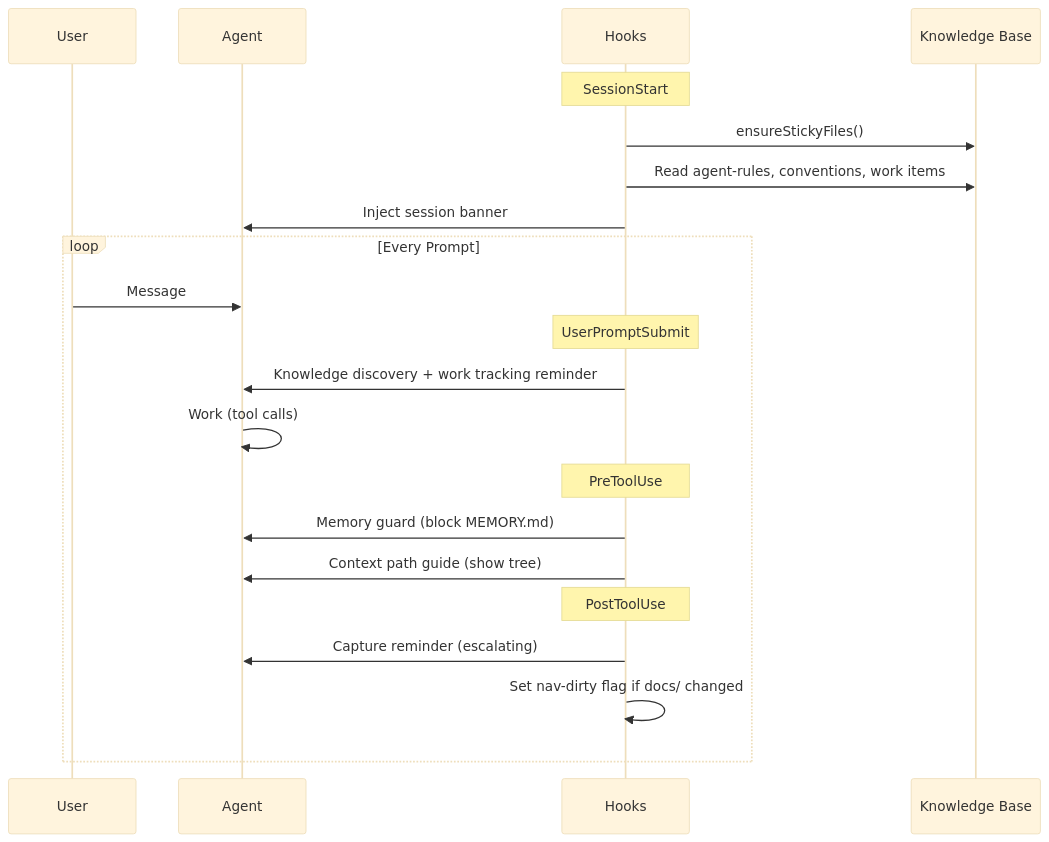
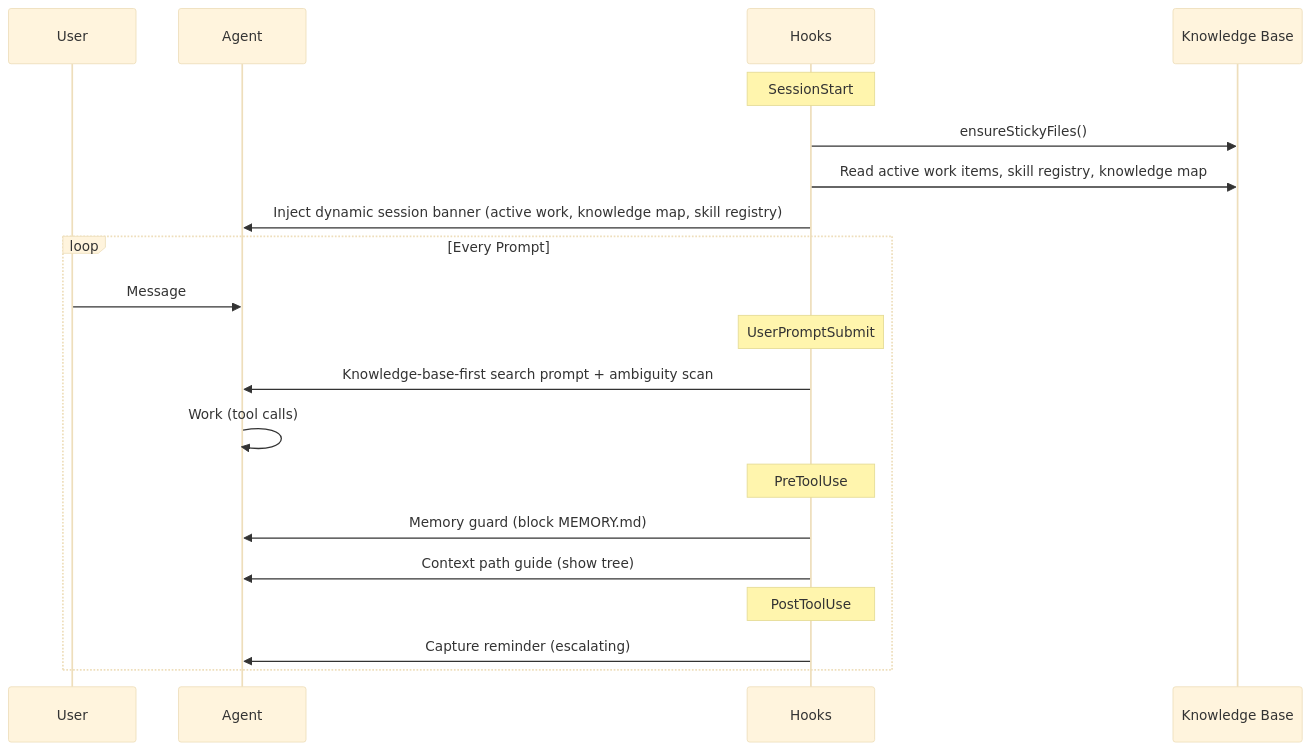
One commit to lorehq/lore-docs changed the first of 2 diagrams in docs/guides/hook-architecture.md. Above: the diagram before and after it, drawn with Mermaid (base theme). The commit also changed other lines of this file and 22 other files, not shown here.

````diff
--- a/docs/guides/hook-architecture.md
+++ b/docs/guides/hook-architecture.md
@@ -11,27 +11,26 @@
 ```mermaid
 sequenceDiagram
     participant User
     participant Agent
     participant Hooks
     participant KB as Knowledge Base
 
     Note over Hooks: SessionStart
     Hooks->>KB: ensureStickyFiles()
-    Hooks->>KB: Read agent-rules, conventions, work items
-    Hooks->>Agent: Inject session banner
+    Hooks->>KB: Read active work items, skill registry, knowledge map
+    Hooks->>Agent: Inject dynamic session banner (active work, knowledge map, skill registry)
 
     loop Every Prompt
         User->>Agent: Message
         Note over Hooks: UserPromptSubmit
-        Hooks->>Agent: Knowledge discovery + work tracking reminder
+        Hooks->>Agent: Knowledge-base-first search prompt + ambiguity scan
         Agent->>Agent: Work (tool calls)
 
         Note over Hooks: PreToolUse
         Hooks->>Agent: Memory guard (block MEMORY.md)
         Hooks->>Agent: Context path guide (show tree)
 
         Note over Hooks: PostToolUse
         Hooks->>Agent: Capture reminder (escalating)
-        Hooks->>Hooks: Set nav-dirty flag if docs/ changed
     end
 ```
````
